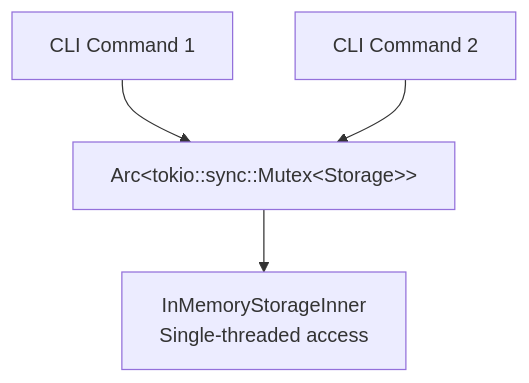
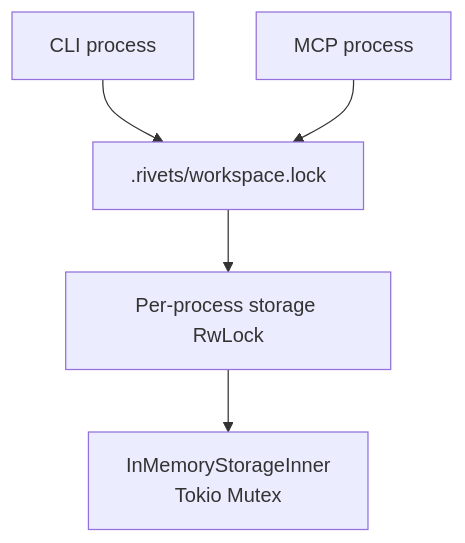
The fifth of 6 diagrams in docs/architecture.md (dwalleck/rivets), drawn with Mermaid before and after one commit. The commit also changed other lines of this file and 13 other files, not shown here.

First line of the commit message:
feat(workspace): serialize CLI and MCP mutations

````diff
--- a/docs/architecture.md
+++ b/docs/architecture.md
@@ -315,6 +316,7 @@
 ```mermaid
 graph TD
-    CLI1[CLI Command 1] --> Lock[Arc&lt;tokio::sync::Mutex&lt;Storage&gt;&gt;]
-    CLI2[CLI Command 2] --> Lock
-    Lock --> Inner[InMemoryStorageInner<br/>Single-threaded access]
+    CLI1[CLI process] --> Durable[.rivets/workspace.lock]
+    MCP1[MCP process] --> Durable
+    Durable --> Cache[Per-process storage RwLock]
+    Cache --> Inner[InMemoryStorageInner<br/>Tokio Mutex]
 ```
````
